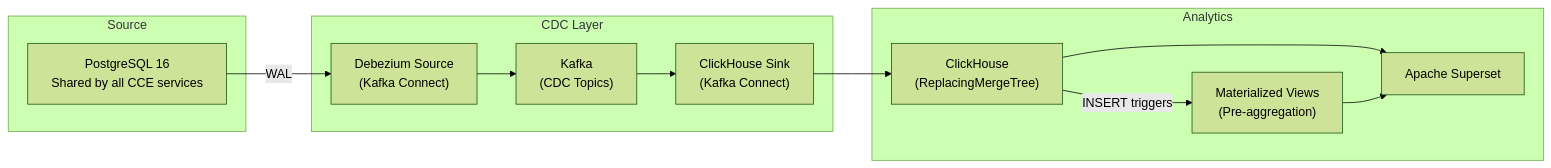
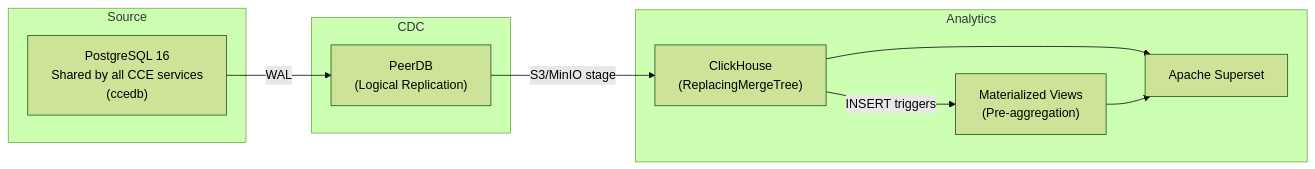
One commit to Jayaprakash8887/cce-data-pipeline changed the first of 2 diagrams in docs/data-flow.md. Above: the diagram before and after it, drawn with Mermaid (forest theme). The commit also changed other lines of this file and 33 other files, not shown here.

````diff
--- a/docs/data-flow.md
+++ b/docs/data-flow.md
@@ -7,26 +7,22 @@
 ```mermaid
 flowchart LR
     subgraph Source
-        PG["PostgreSQL 16<br/>Shared by all CCE services"]
+        PG["PostgreSQL 16<br/>Shared by all CCE services<br/>(ccedb)"]
     end
 
-    subgraph CDC Layer
-        DEB["Debezium Source<br/>(Kafka Connect)"]
-        KAFKA["Kafka<br/>(CDC Topics)"]
-        SINK["ClickHouse Sink<br/>(Kafka Connect)"]
+    subgraph CDC
+        PEER["PeerDB<br/>(Logical Replication)"]
     end
 
     subgraph Analytics
         CH["ClickHouse<br/>(ReplacingMergeTree)"]
         MV["Materialized Views<br/>(Pre-aggregation)"]
         SS["Apache Superset"]
     end
 
-    PG -->|WAL| DEB
-    DEB --> KAFKA
-    KAFKA --> SINK
-    SINK --> CH
+    PG -->|WAL| PEER
+    PEER -->|S3/MinIO stage| CH
     CH -->|INSERT triggers| MV
     CH --> SS
     MV --> SS
 ```
````
